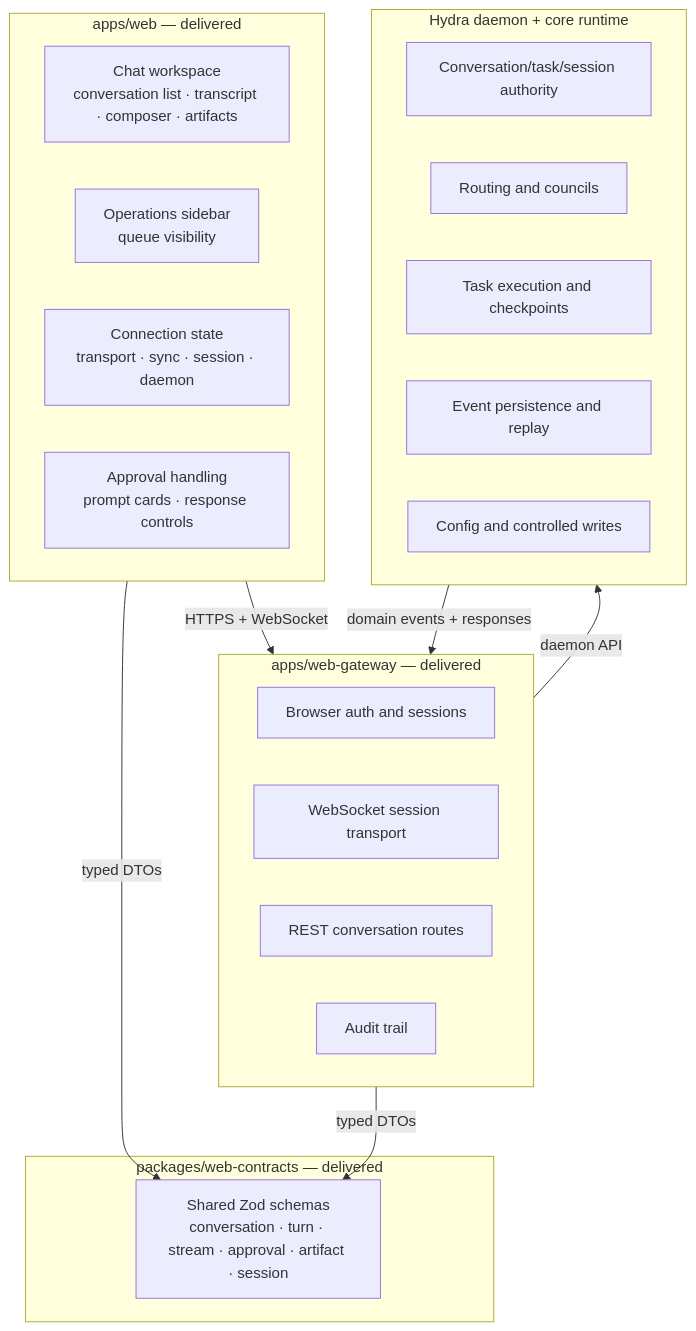
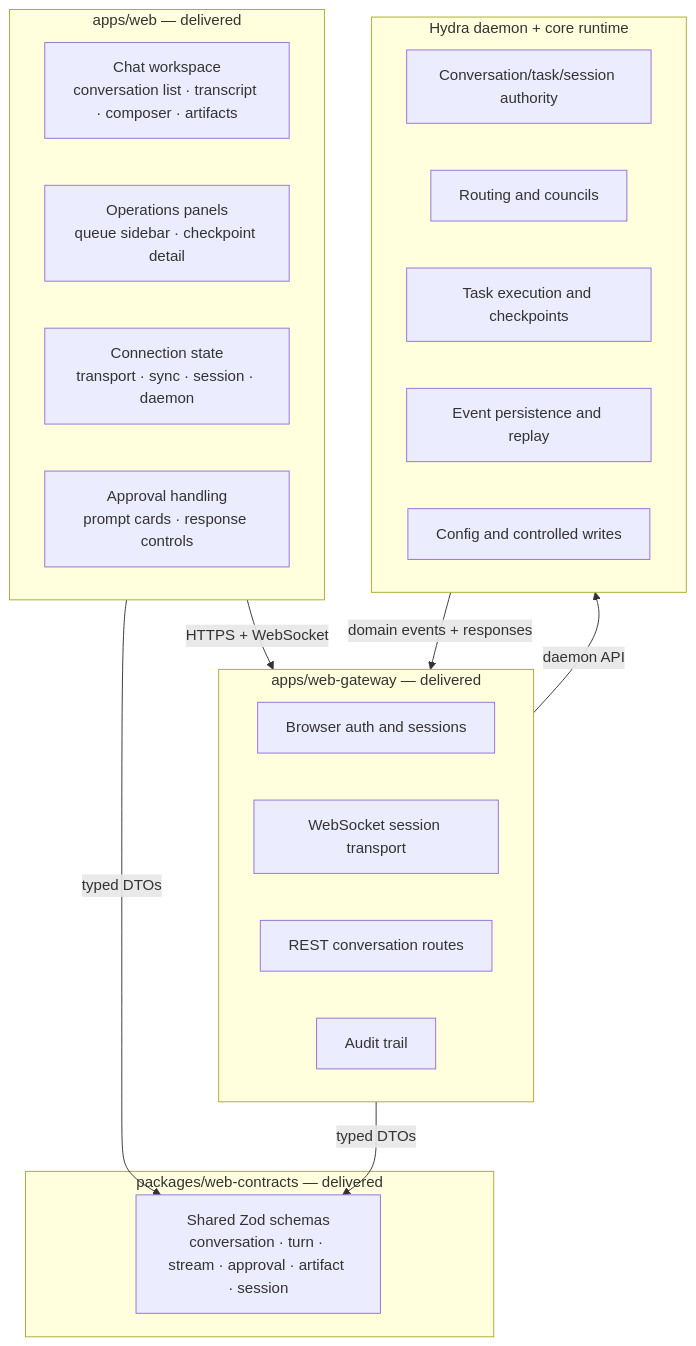
The first of 2 diagrams in docs/web-interface/03-architecture.md (mikecubed/Hydra), drawn with Mermaid before and after one commit. The commit also changed other lines of this file and 1 other file, not shown here.

First line of the commit message:
docs: sync Phase 2 checkpoint detail panel into earlier doc sections

````diff
--- a/docs/web-interface/03-architecture.md
+++ b/docs/web-interface/03-architecture.md
@@ -10,34 +10,34 @@
 ```mermaid
 flowchart TB
     subgraph Browser[apps/web — delivered]
         Workspace[Chat workspace\nconversation list · transcript · composer · artifacts]
-        OpsSidebar[Operations sidebar\nqueue visibility]
+        OpsSidebar[Operations panels\nqueue sidebar · checkpoint detail]
         ConnState[Connection state\ntransport · sync · session · daemon]
         Approvals[Approval handling\nprompt cards · response controls]
     end
 
     subgraph Gateway[apps/web-gateway — delivered]
         Auth[Browser auth and sessions]
         Socket[WebSocket session transport]
         Api[REST conversation routes]
         Audit[Audit trail]
     end
 
     subgraph Contracts[packages/web-contracts — delivered]
         Schemas[Shared Zod schemas\nconversation · turn · stream · approval · artifact · session]
     end
 
     subgraph Daemon[Hydra daemon + core runtime]
         Sessions[Conversation/task/session authority]
         Routing[Routing and councils]
         Tasks[Task execution and checkpoints]
         Events[Event persistence and replay]
         Config[Config and controlled writes]
     end
 
     Browser -->|HTTPS + WebSocket| Gateway
     Browser -->|typed DTOs| Schemas
     Gateway -->|typed DTOs| Schemas
     Gateway -->|daemon API| Daemon
     Daemon -->|domain events + responses| Gateway
 ```
````
